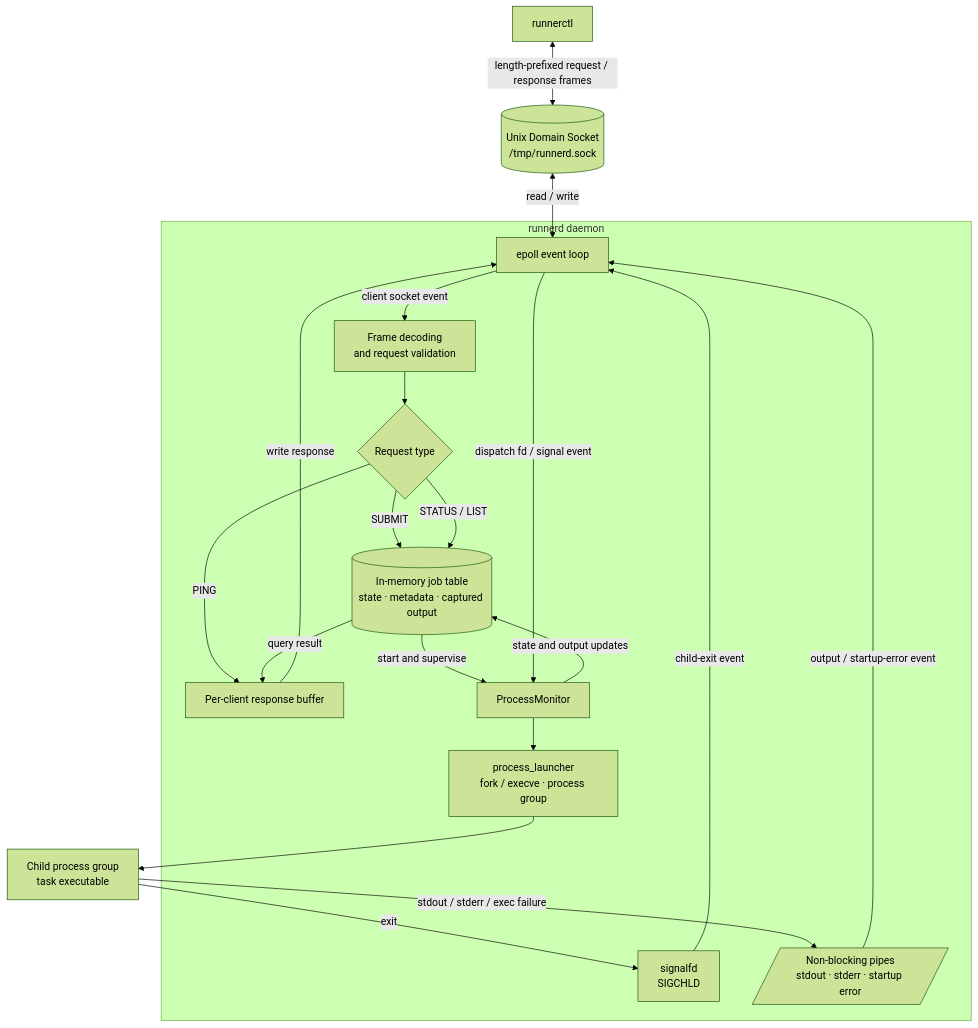
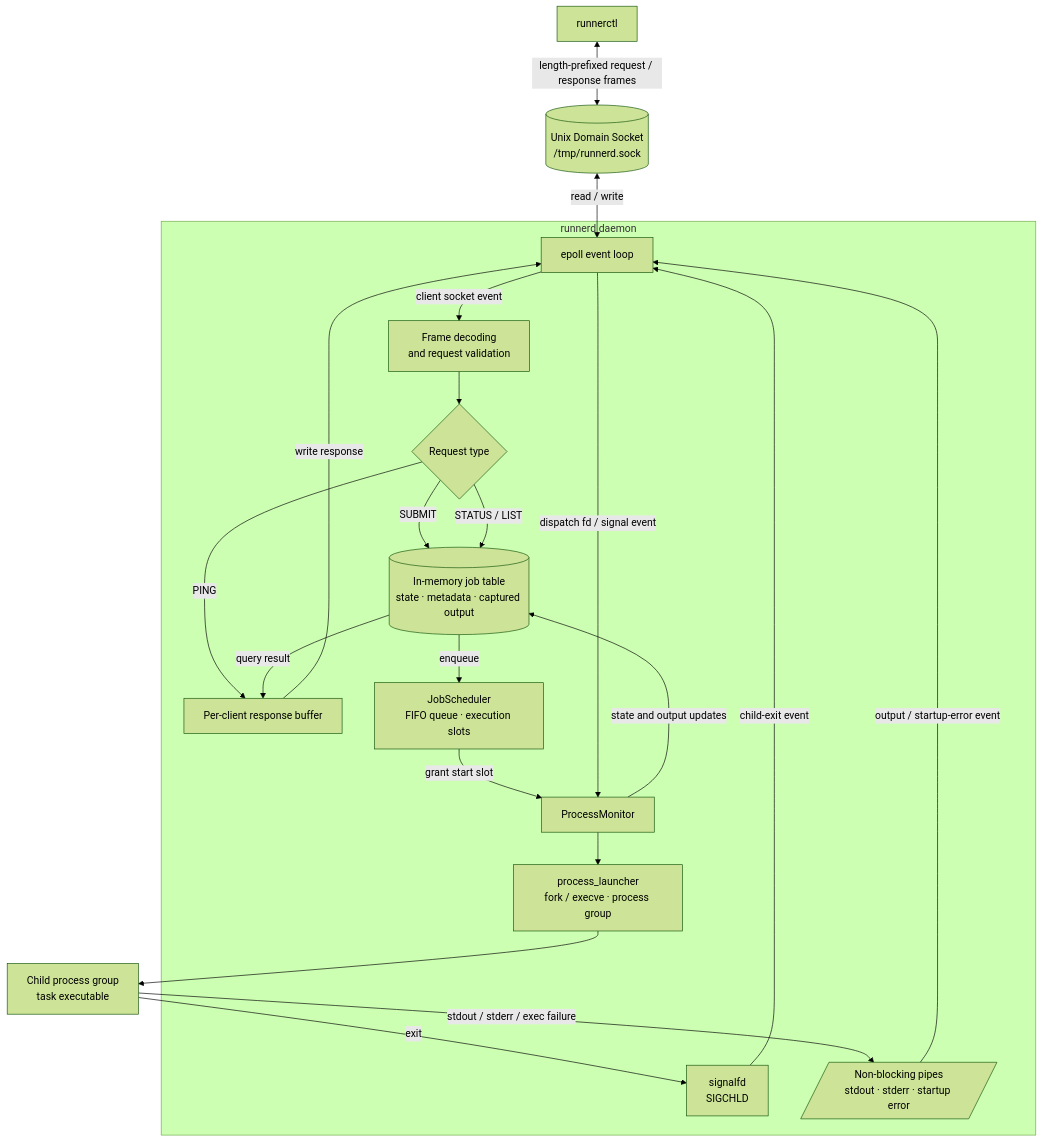
One commit to qxf-72/runnerd changed the diagram in README_EN.md. Above: the diagram before and after it, drawn with Mermaid (forest theme). The commit also changed other lines of this file and 6 other files, not shown here.

````diff
--- a/README_EN.md
+++ b/README_EN.md
@@ -111,36 +115,38 @@
 ```mermaid
 flowchart TB
     CLI["runnerctl"]
     Socket[("Unix Domain Socket<br/>/tmp/runnerd.sock")]
     CLI <-->|"length-prefixed request / response frames"| Socket
 
     subgraph Daemon["runnerd daemon"]
         Loop["epoll event loop"]
         Decode["Frame decoding<br/>and request validation"]
         Route{"Request type"}
         Reply["Per-client response buffer"]
         Jobs[("In-memory job table<br/>state · metadata · captured output")]
+        Scheduler["JobScheduler<br/>FIFO queue · execution slots"]
         Monitor["ProcessMonitor"]
         Launcher["process_launcher<br/>fork / execve · process group"]
         Signal["signalfd<br/>SIGCHLD"]
         Pipes[/"Non-blocking pipes<br/>stdout · stderr · startup error"/]
 
         Loop -->|"client socket event"| Decode --> Route
         Route -->|"PING"| Reply
         Route -->|"SUBMIT"| Jobs
         Route -->|"STATUS / LIST"| Jobs
         Jobs -->|"query result"| Reply
         Reply -->|"write response"| Loop
 
-        Jobs -->|"start and supervise"| Monitor --> Launcher
+        Jobs -->|"enqueue"| Scheduler
+        Scheduler -->|"grant start slot"| Monitor --> Launcher
         Pipes -->|"output / startup-error event"| Loop
         Signal -->|"child-exit event"| Loop
         Loop -->|"dispatch fd / signal event"| Monitor
         Monitor -->|"state and output updates"| Jobs
     end
 
     Socket <-->|"read / write"| Loop
     Launcher --> Child["Child process group<br/>task executable"]
     Child -->|"stdout / stderr / exec failure"| Pipes
     Child -->|"exit"| Signal
 ```
````
